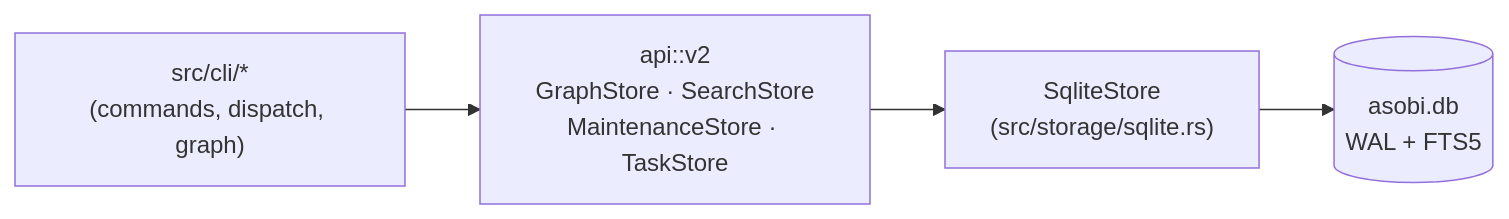
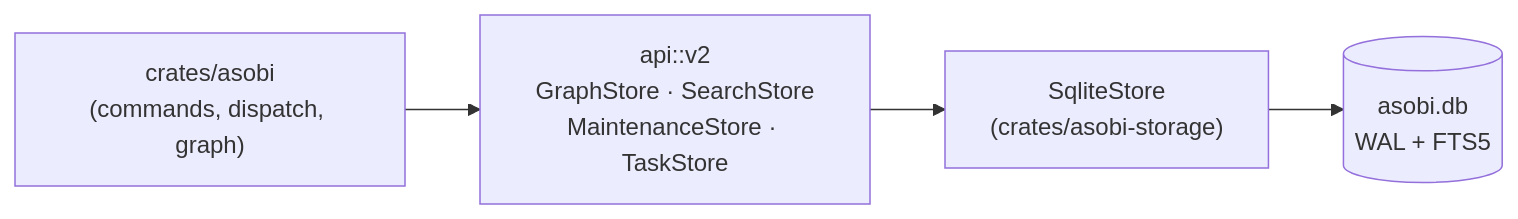
One commit to azusachino/asobi changed the diagram in README.md. Above: the diagram before and after it, drawn with Mermaid. The commit also changed other lines of this file and 10 other files, not shown here.

````diff
--- a/README.md
+++ b/README.md
@@ -31,11 +31,11 @@
 ```mermaid
 flowchart LR
-    CLI["src/cli/*\n(commands, dispatch, graph)"]
+    CLI["crates/asobi\n(commands, dispatch, graph)"]
     API["api::v2\nGraphStore · SearchStore\nMaintenanceStore · TaskStore"]
-    Sqlite["SqliteStore\n(src/storage/sqlite.rs)"]
+    Sqlite["SqliteStore\n(crates/asobi-storage)"]
     DB[("asobi.db\nWAL + FTS5")]
 
     CLI --> API
     API --> Sqlite
     Sqlite --> DB
 ```
````
